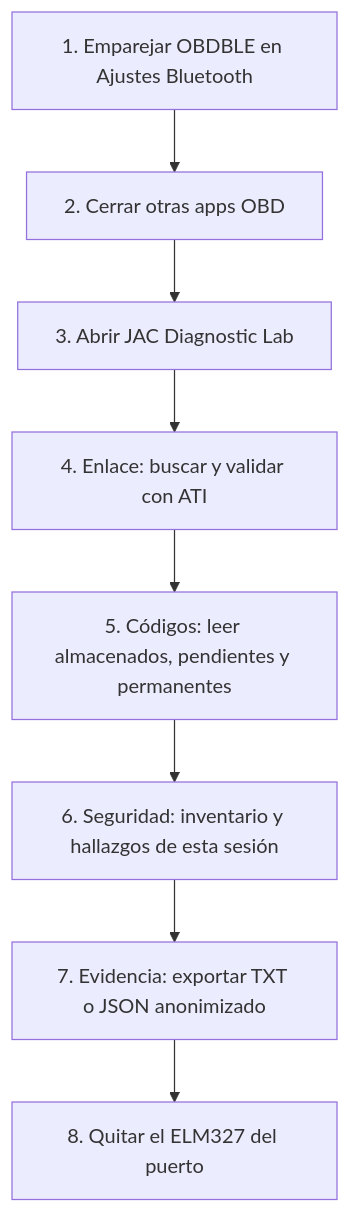
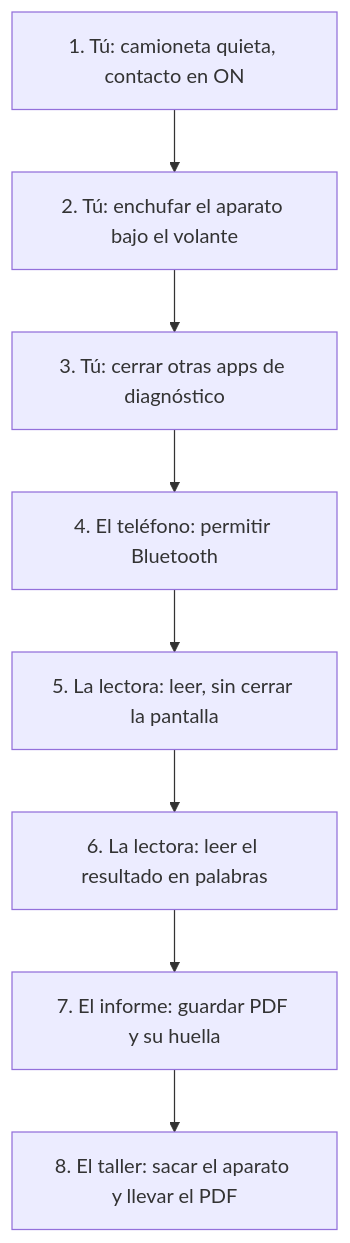
Before and after one commit to cherrera0001/jac-diagnostic-lab: the second of 3 diagrams in README.md, drawn with Mermaid. The commit also changed other lines of this file and 9 other files, not shown here.

First line of the commit message:
Publica la app 0.4.0 con la secuencia de ocho pasos y el informe PDF local.

````diff
--- a/README.md
+++ b/README.md
@@ -35,10 +35,10 @@
 ```mermaid
 flowchart TD
-  A["1. Emparejar OBDBLE en Ajustes Bluetooth"] --> B["2. Cerrar otras apps OBD"]
-  B --> C["3. Abrir JAC Diagnostic Lab"]
-  C --> D["4. Enlace: buscar y validar con ATI"]
-  D --> E["5. Códigos: leer almacenados, pendientes y permanentes"]
-  E --> F["6. Seguridad: inventario y hallazgos de esta sesión"]
-  F --> G["7. Evidencia: exportar TXT o JSON anonimizado"]
-  G --> H["8. Quitar el ELM327 del puerto"]
+  A["1. Tú: camioneta quieta, contacto en ON"] --> B["2. Tú: enchufar el aparato bajo el volante"]
+  B --> C["3. Tú: cerrar otras apps de diagnóstico"]
+  C --> D["4. El teléfono: permitir Bluetooth"]
+  D --> E["5. La lectora: leer, sin cerrar la pantalla"]
+  E --> F["6. La lectora: leer el resultado en palabras"]
+  F --> G["7. El informe: guardar PDF y su huella"]
+  G --> H["8. El taller: sacar el aparato y llevar el PDF"]
 ```
````
